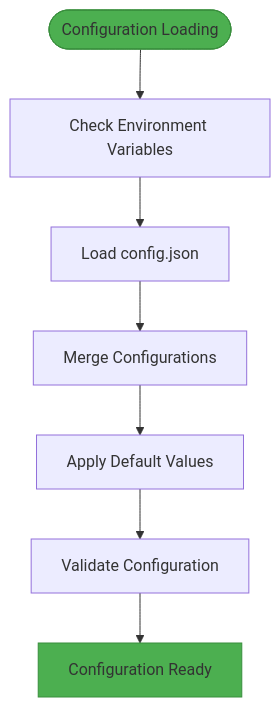
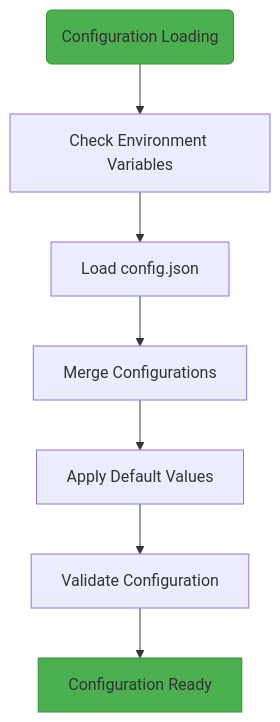
One commit to Likhithsai2580/RAVANA-WIKI changed the first of 4 diagrams in docs/LLM Integration/LLM Providers Configuration.md. Above: the diagram before and after it, drawn with Mermaid. The commit also changed other lines of this file and 31 other files, not shown here.

First line of the commit message:
Fix(docs): Correct Mermaid diagram syntax

````diff
--- a/docs/LLM Integration/LLM Providers Configuration.md
+++ b/docs/LLM Integration/LLM Providers Configuration.md
@@ -21,11 +21,11 @@
 ```mermaid
 flowchart TD
-Start([Configuration Loading]) --> EnvCheck["Check Environment Variables"]
+Start("Configuration Loading") --> EnvCheck["Check Environment Variables"]
 EnvCheck --> ConfigFile["Load config.json"]
 ConfigFile --> Merge["Merge Configurations"]
 Merge --> Default["Apply Default Values"]
 Default --> Validation["Validate Configuration"]
 Validation --> Ready["Configuration Ready"]
 style Start fill:#4CAF50,stroke:#388E3C
 style Ready fill:#4CAF50,stroke:#388E3C
 ```
````
